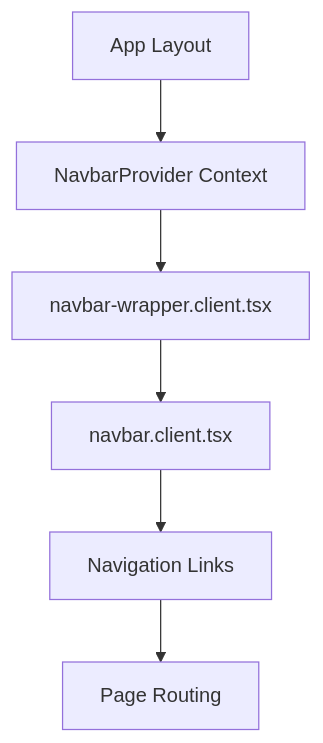
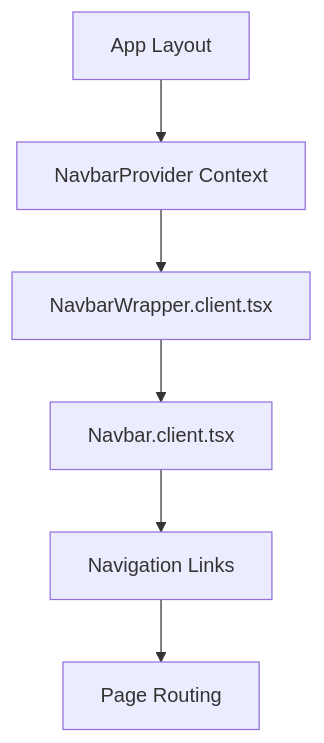
The second of 5 diagrams in ARCHITECTURE.md (davin-owner/sis-website), drawn with Mermaid before and after one commit. The commit also changed other lines of this file and 4 other files, not shown here.

````diff
--- a/ARCHITECTURE.md
+++ b/ARCHITECTURE.md
@@ -67,8 +67,8 @@
 ```mermaid
 graph TD
     A[App Layout] --> B[NavbarProvider Context]
-    B --> C[navbar-wrapper.client.tsx]
-    C --> D[navbar.client.tsx]
+    B --> C[NavbarWrapper.client.tsx]
+    C --> D[Navbar.client.tsx]
     D --> E[Navigation Links]
     E --> F[Page Routing]
 ```
````
